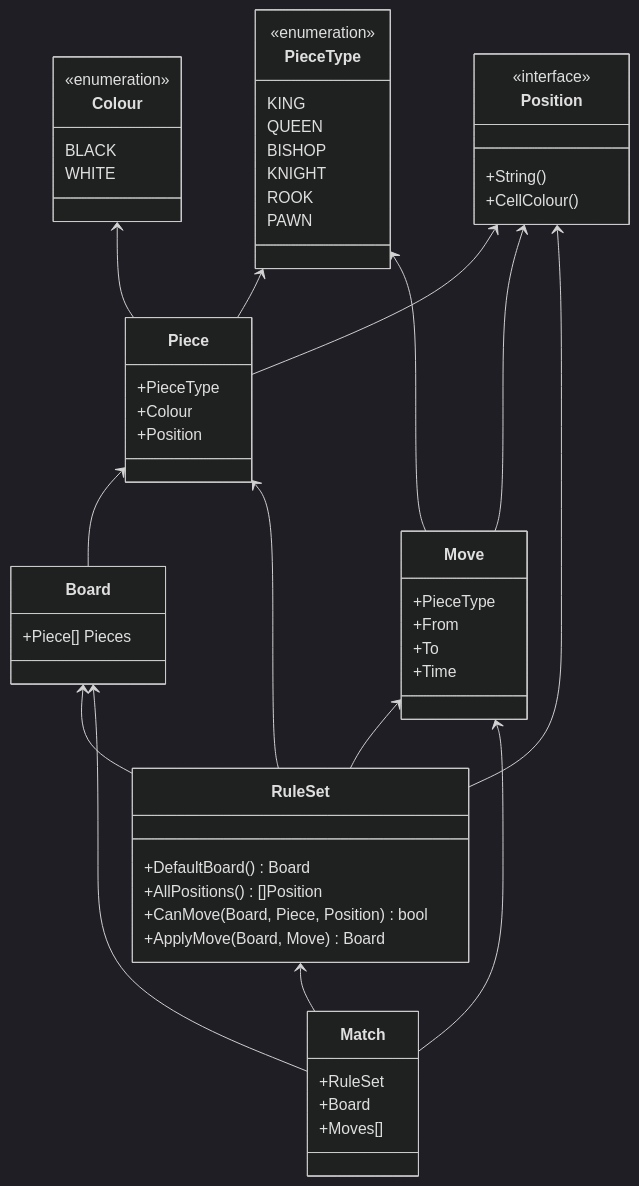
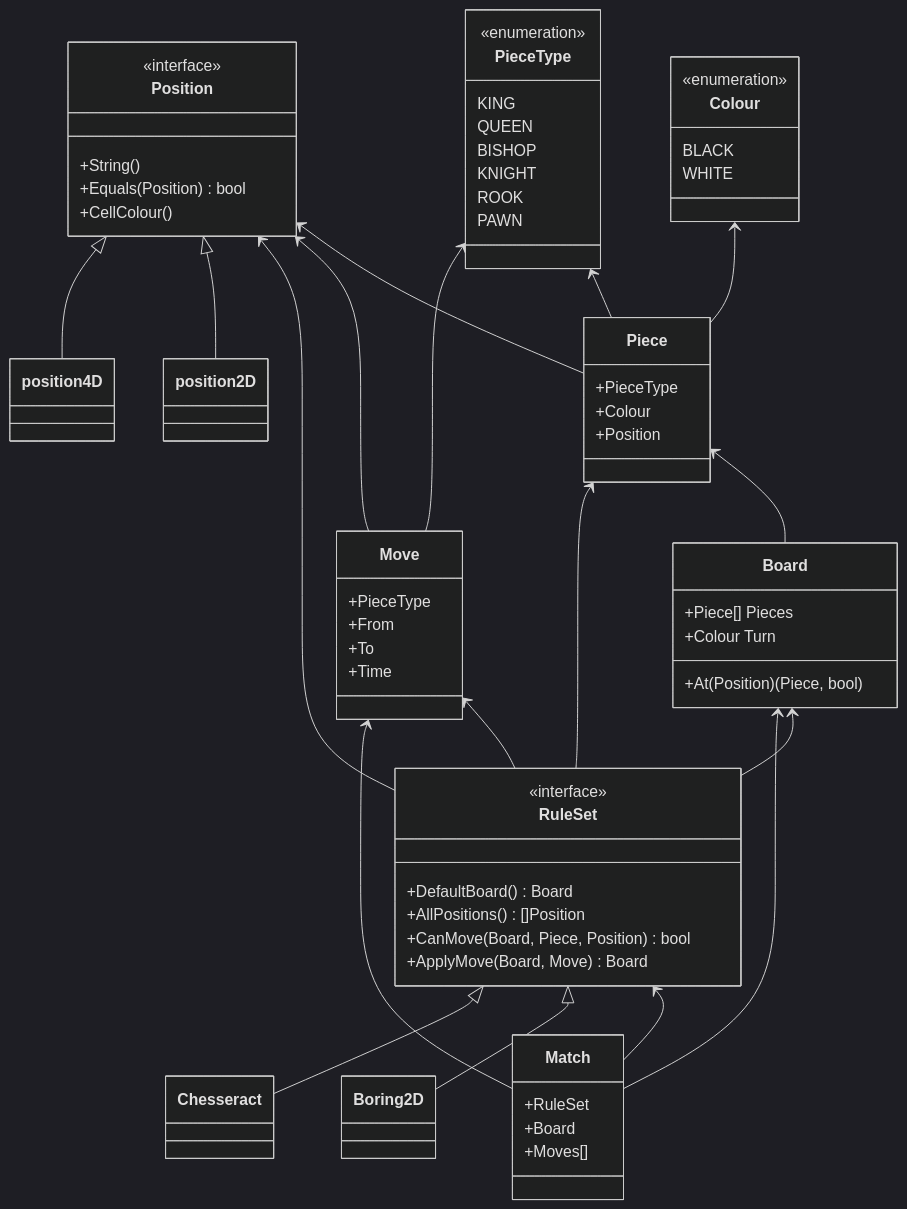
One commit to thijzert/chesseract changed the diagram in doc/domain-model/chesseract.mermaid. Above: the diagram before and after it, drawn with Mermaid (dark theme). The commit also changed 5 other files, not shown here.

```diff
--- a/doc/domain-model/chesseract.mermaid
+++ b/doc/domain-model/chesseract.mermaid
@@ -1,72 +1,95 @@
 classDiagram
 
 	class PieceType{
 		<<enumeration>>
 		KING
 		QUEEN
 		BISHOP
 		KNIGHT
 		ROOK
 		PAWN
 	}
 
 	class Colour{
 		<<enumeration>>
 		BLACK
 		WHITE
 	}
 
 	class Position{
 		<<interface>>
 		+String()
+		+Equals(Position) bool
 		+CellColour()
 	}
 
 	class Piece{
 		+PieceType
 		+Colour
 		+Position
 	}
 
 	PieceType <-- Piece
 	Colour <-- Piece
 	Position <-- Piece
 
 	class Board{
 		+Piece[] Pieces
+		+Colour Turn
+		+At(Position) (Piece, bool)
 	}
 
 	Piece <-- Board
 
 	class Move {
 		+PieceType
 		+From
 		+To
 		+Time
 	}
 
 	PieceType <-- Move
 	Position <-- Move
 
 	class RuleSet {
+		<<interface>>
+
 		+DefaultBoard() Board
 		+AllPositions() []Position
 
 		+CanMove(Board, Piece, Position) bool
 		+ApplyMove(Board, Move) Board
 	}
 
 	Board <-- RuleSet
 	Piece <-- RuleSet
 	Position <-- RuleSet
 	Move <-- RuleSet
 
 	class Match {
 		+RuleSet
 		+Board
 		+Moves[]
 	}
 
 	RuleSet <-- Match
 	Board <-- Match
 	Move <-- Match
+
+
+	class Boring2D {
+	}
+	class Chesseract {
+	}
+
+	RuleSet <|-- Boring2D
+	RuleSet <|-- Chesseract
+
+
+	class position2D {
+	}
+	class position4D {
+	}
+
+	Position <|-- position2D
+	Position <|-- position4D
```
